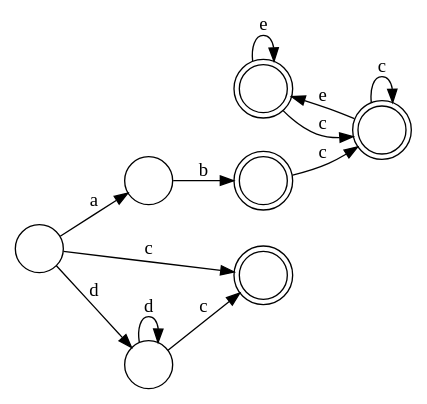
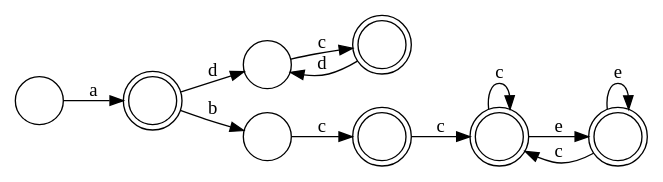
One commit to leegao/LuaInLua changed the diagram in test.dot. Above: the diagram before and after it, drawn with Graphviz. The commit also changed 2 other files, not shown here.

```diff
--- a/test.dot
+++ b/test.dot
@@ -1,17 +1,17 @@
 digraph {
   rankdir=LR;
   size="8,5"
-  node[shape=doublecircle,label=""]; 7 6 3 5;
+  node[shape=doublecircle,label=""]; 4 8 5 2 6;
   node[shape=circle,label=""];
-  4 -> 5[label="b"];
-  1 -> 2[label="d"];
-  1 -> 3[label="c"];
-  1 -> 4[label="a"];
-  5 -> 6[label="c"];
-  2 -> 3[label="c"];
-  2 -> 2[label="d"];
-  6 -> 7[label="e"];
-  6 -> 6[label="c"];
-  7 -> 7[label="e"];
-  7 -> 6[label="c"];
+  4 -> 5[label="c"];
+  8 -> 7[label="d"];
+  1 -> 2[label="a"];
+  5 -> 6[label="e"];
+  5 -> 5[label="c"];
+  2 -> 3[label="b"];
+  2 -> 7[label="d"];
+  6 -> 6[label="e"];
+  6 -> 5[label="c"];
+  7 -> 8[label="c"];
+  3 -> 4[label="c"];
 }
```
